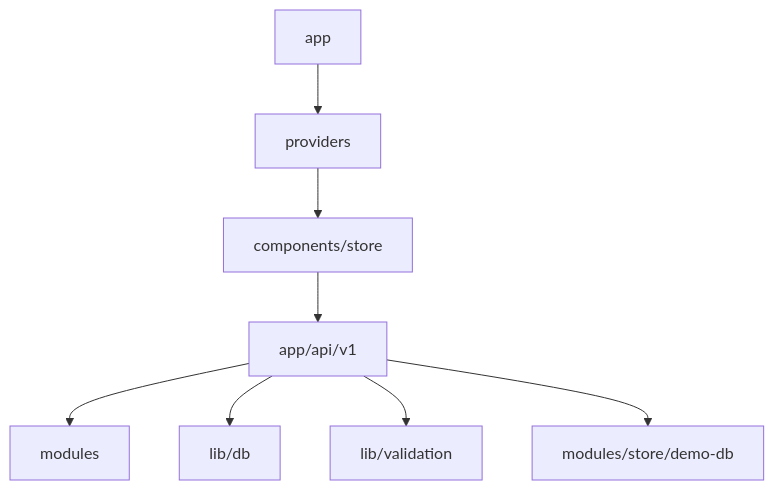
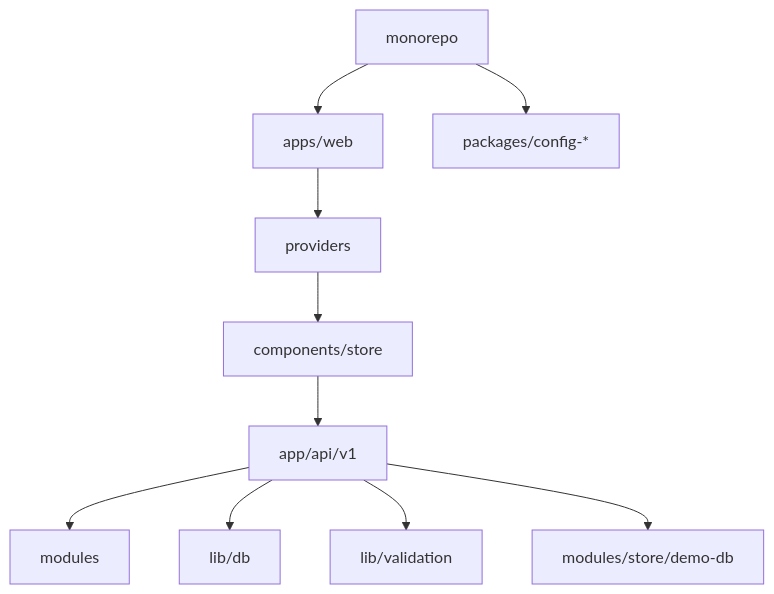
One commit to Camiloruiiz/ploottest changed the second of 5 diagrams in README.md. Above: the diagram before and after it, drawn with Mermaid. The commit also changed other lines of this file and 113 other files, not shown here.

````diff
--- a/README.md
+++ b/README.md
@@ -57,19 +57,23 @@
 ```mermaid
 flowchart TB
-    App[app]
+    Monorepo[monorepo]
+    App[apps/web]
+    Config[packages/config-*]
     Providers[providers]
     Store[components/store]
     Api[app/api/v1]
     Modules[modules]
     DB[lib/db]
     Validation[lib/validation]
     Demo[modules/store/demo-db]
 
+    Monorepo --> App
+    Monorepo --> Config
     App --> Providers
     Providers --> Store
     Store --> Api
     Api --> Modules
     Api --> DB
     Api --> Validation
     Api --> Demo
 ```
````
